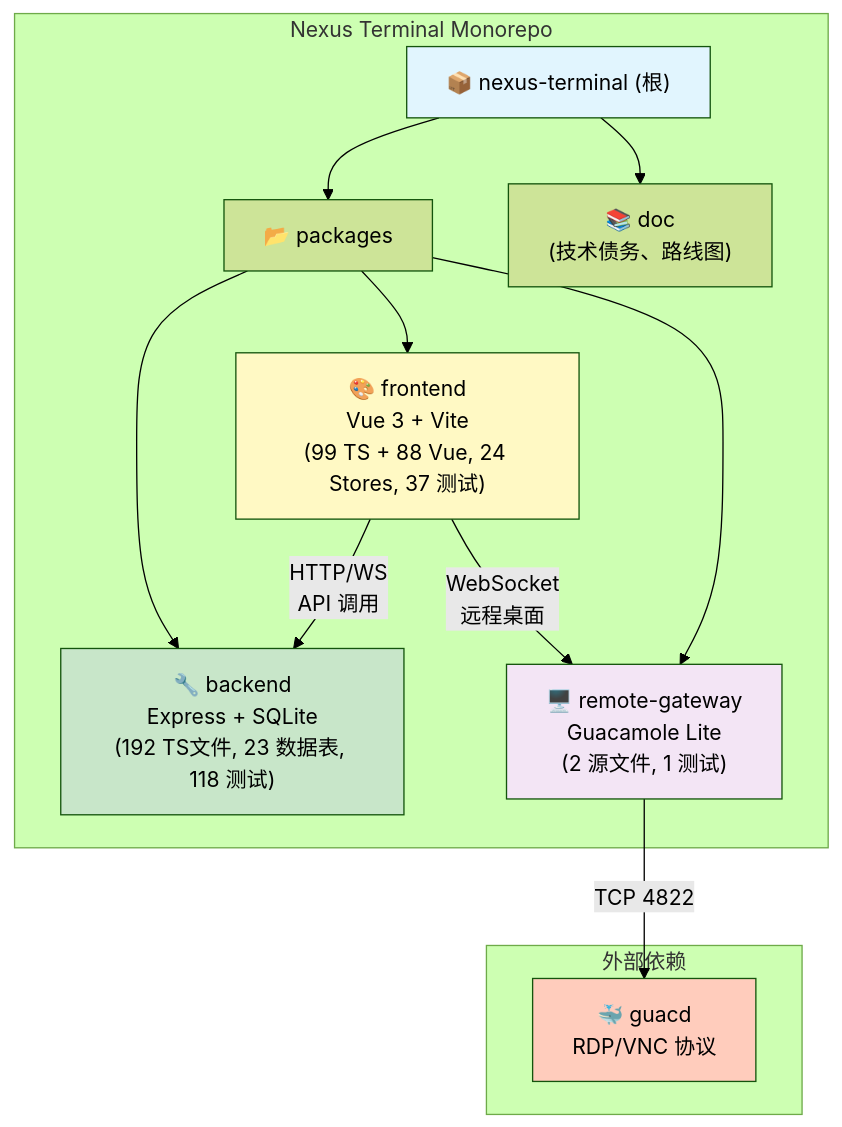
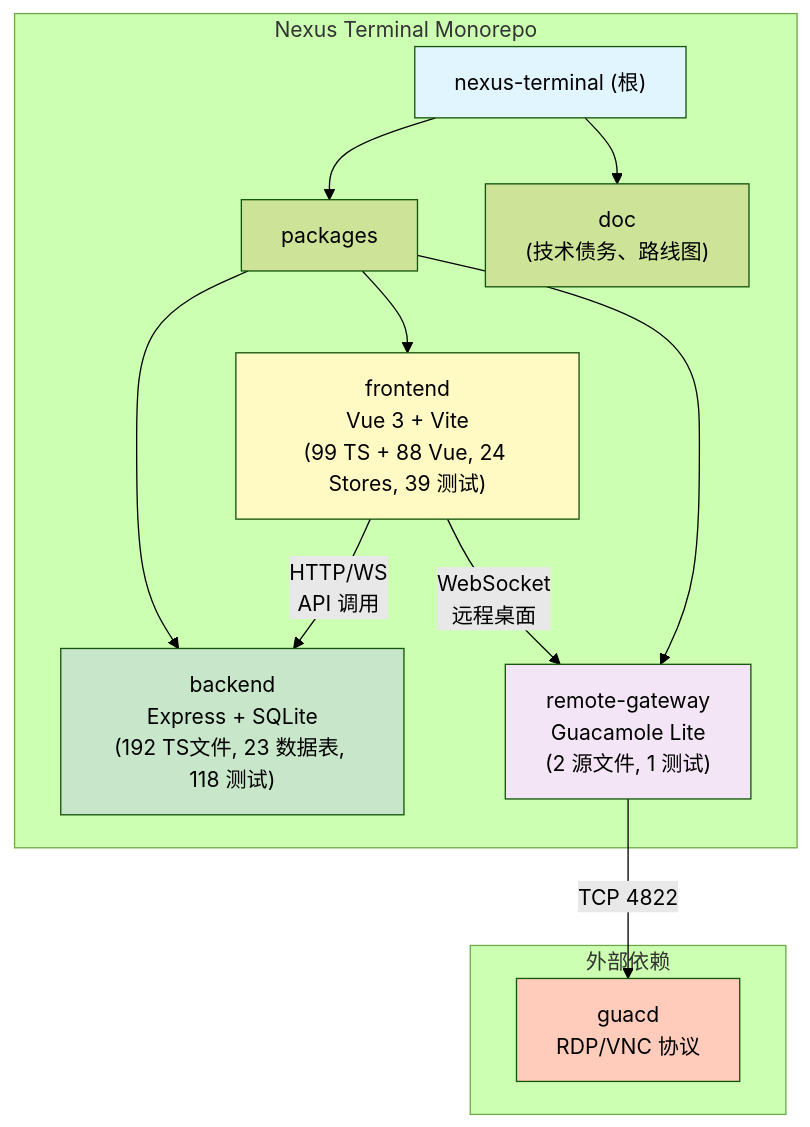
The first of 2 diagrams in CLAUDE.md (0honus0/nexus-terminal), drawn with Mermaid (forest theme) before and after one commit. The commit also changed other lines of this file and 2 other files, not shown here.

````diff
--- a/CLAUDE.md
+++ b/CLAUDE.md
@@ -112,28 +127,28 @@
 ```mermaid
 graph TD
     subgraph "Nexus Terminal Monorepo"
-        A["📦 nexus-terminal (根)"] --> B["📂 packages"]
-        B --> C["🔧 backend<br/>Express + SQLite<br/>(192 TS文件, 23 数据表, 118 测试)"]
-        B --> D["🎨 frontend<br/>Vue 3 + Vite<br/>(99 TS + 88 Vue, 24 Stores, 37 测试)"]
-        B --> E["🖥️ remote-gateway<br/>Guacamole Lite<br/>(2 源文件, 1 测试)"]
-        A --> F["📚 doc<br/>(技术债务、路线图)"]
+        A["nexus-terminal (根)"] --> B["packages"]
+        B --> C["backend<br/>Express + SQLite<br/>(192 TS文件, 23 数据表, 118 测试)"]
+        B --> D["frontend<br/>Vue 3 + Vite<br/>(99 TS + 88 Vue, 24 Stores, 39 测试)"]
+        B --> E["remote-gateway<br/>Guacamole Lite<br/>(2 源文件, 1 测试)"]
+        A --> F["doc<br/>(技术债务、路线图)"]
     end
 
     subgraph "外部依赖"
-        G["🐳 guacd<br/>RDP/VNC 协议"]
+        G["guacd<br/>RDP/VNC 协议"]
     end
 
     D -- "HTTP/WS<br/>API 调用" --> C
     D -- "WebSocket<br/>远程桌面" --> E
     E -- "TCP 4822" --> G
 
     click C "./packages/backend/CLAUDE.md" "查看 backend 模块文档"
     click D "./packages/frontend/CLAUDE.md" "查看 frontend 模块文档"
     click E "./packages/remote-gateway/CLAUDE.md" "查看 remote-gateway 模块文档"
 
     style A fill:#e1f5fe
     style C fill:#c8e6c9
     style D fill:#fff9c4
     style E fill:#f3e5f5
     style G fill:#ffccbc
 ```
````
